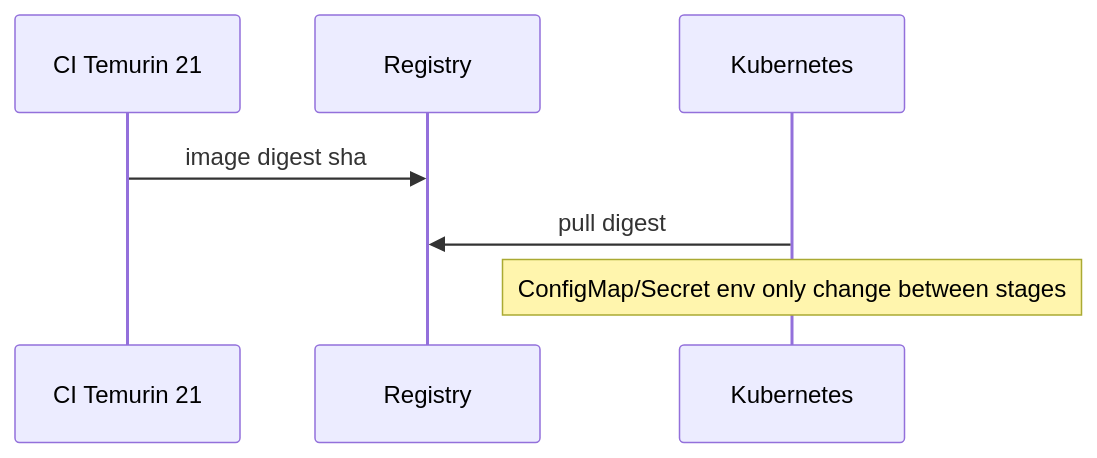
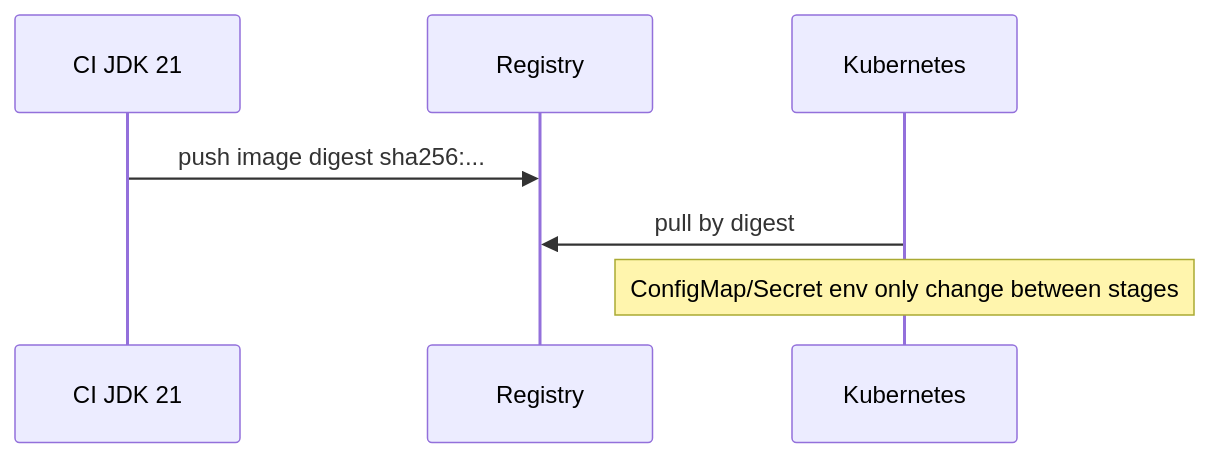
One commit to lostfromlight1/java-handbook changed the second of 3 diagrams in 49-cloud-and-containerization/01-cloud-native-java.md. Above: the diagram before and after it, drawn with Mermaid. The commit also changed other lines of this file and 4 other files, not shown here.

````diff
--- a/49-cloud-and-containerization/01-cloud-native-java.md
+++ b/49-cloud-and-containerization/01-cloud-native-java.md
@@ -87,9 +144,9 @@
 ```mermaid
 sequenceDiagram
-  participant CI as CI Temurin 21
+  participant CI as CI JDK 21
   participant Reg as Registry
   participant K8s as Kubernetes
-  CI->>Reg: image digest sha
-  K8s->>Reg: pull digest
+  CI->>Reg: push image digest sha256:...
+  K8s->>Reg: pull by digest
   Note over K8s: ConfigMap/Secret env only change between stages
 ```
````
